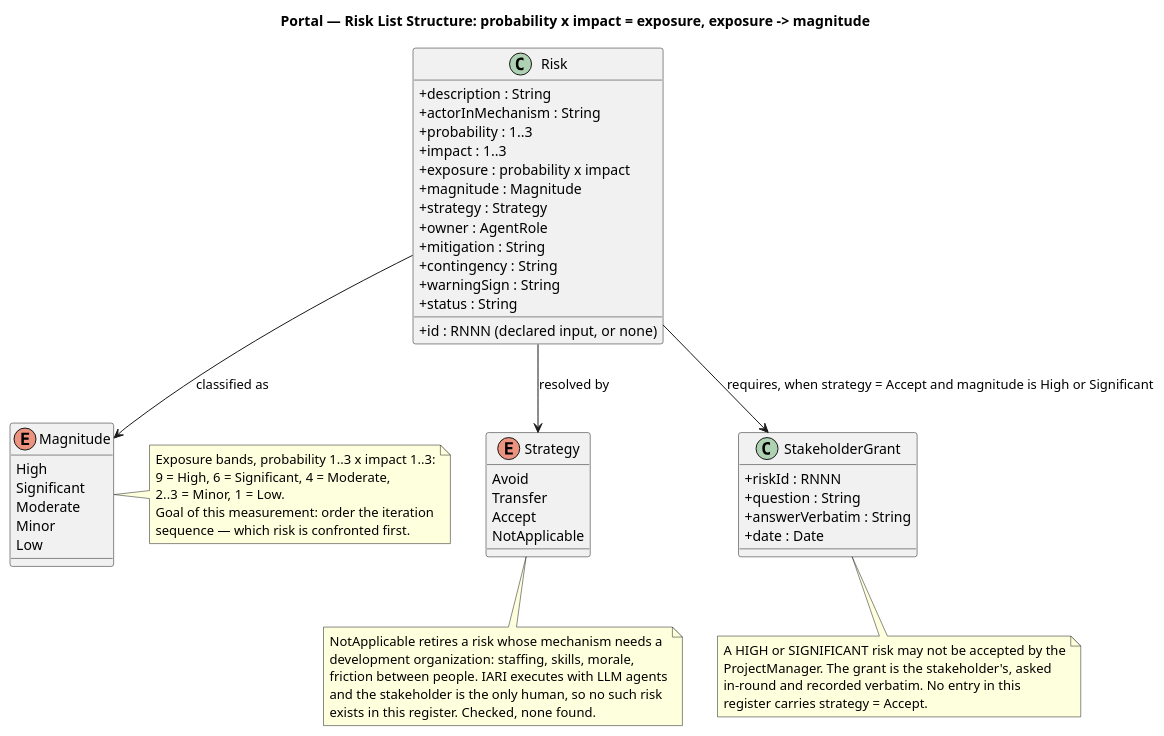
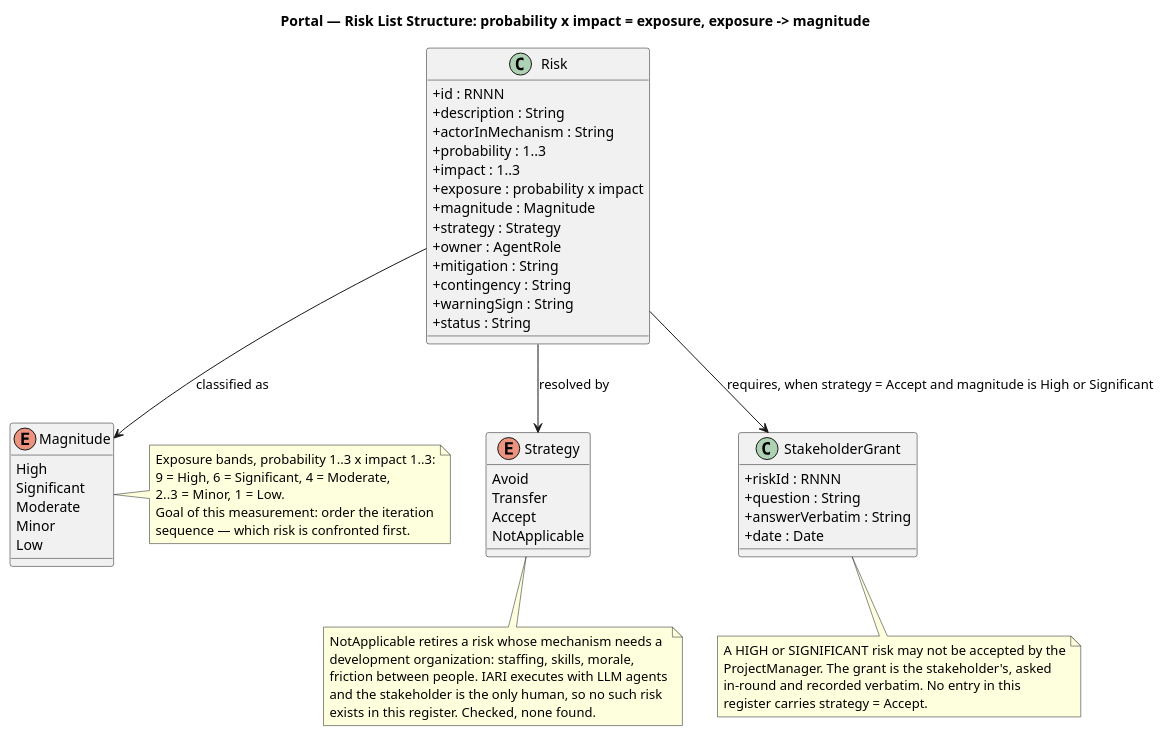
One commit to banense-test/portal changed the first of 2 diagrams in docs/artifacts/project-management/risk-list.md. Above: the diagram before and after it, drawn with PlantUML. The commit also changed other lines of this file, not shown here.

````diff
--- a/docs/artifacts/project-management/risk-list.md
+++ b/docs/artifacts/project-management/risk-list.md
@@ -33,73 +33,73 @@
 ```plantuml
 @startuml
 title Portal — Risk List Structure: probability x impact = exposure, exposure -> magnitude
 
 skinparam classAttributeIconSize 0
 skinparam packageStyle rectangle
 
 class "Risk" as RISK {
-  + id : RNNN (declared input, or none)
+  + id : RNNN
   + description : String
   + actorInMechanism : String
   + probability : 1..3
   + impact : 1..3
   + exposure : probability x impact
   + magnitude : Magnitude
   + strategy : Strategy
   + owner : AgentRole
   + mitigation : String
   + contingency : String
   + warningSign : String
   + status : String
 }
 
 enum "Magnitude" as MAG {
   High
   Significant
   Moderate
   Minor
   Low
 }
 
 enum "Strategy" as STRAT {
   Avoid
   Transfer
   Accept
   NotApplicable
 }
 
 class "StakeholderGrant" as GRANT {
   + riskId : RNNN
   + question : String
   + answerVerbatim : String
   + date : Date
 }
 
 RISK --> MAG : classified as
 RISK --> STRAT : resolved by
 RISK --> GRANT : requires, when strategy = Accept and magnitude is High or Significant
 
 note right of MAG
   Exposure bands, probability 1..3 x impact 1..3:
   9 = High, 6 = Significant, 4 = Moderate,
   2..3 = Minor, 1 = Low.
   Goal of this measurement: order the iteration
   sequence — which risk is confronted first.
 end note
 
 note bottom of STRAT
   NotApplicable retires a risk whose mechanism needs a
   development organization: staffing, skills, morale,
   friction between people. IARI executes with LLM agents
   and the stakeholder is the only human, so no such risk
   exists in this register. Checked, none found.
 end note
 
 note bottom of GRANT
   A HIGH or SIGNIFICANT risk may not be accepted by the
   ProjectManager. The grant is the stakeholder's, asked
   in-round and recorded verbatim. No entry in this
   register carries strategy = Accept.
 end note
 @enduml
 ```
````
